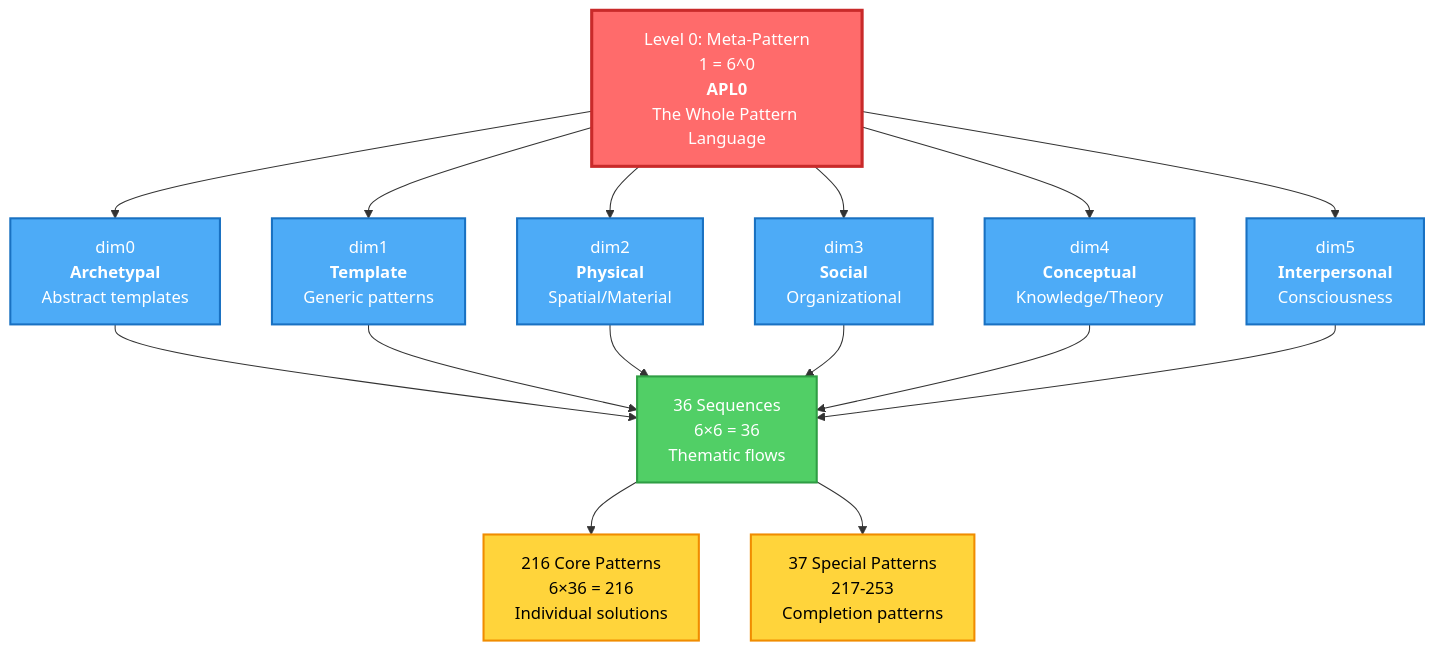
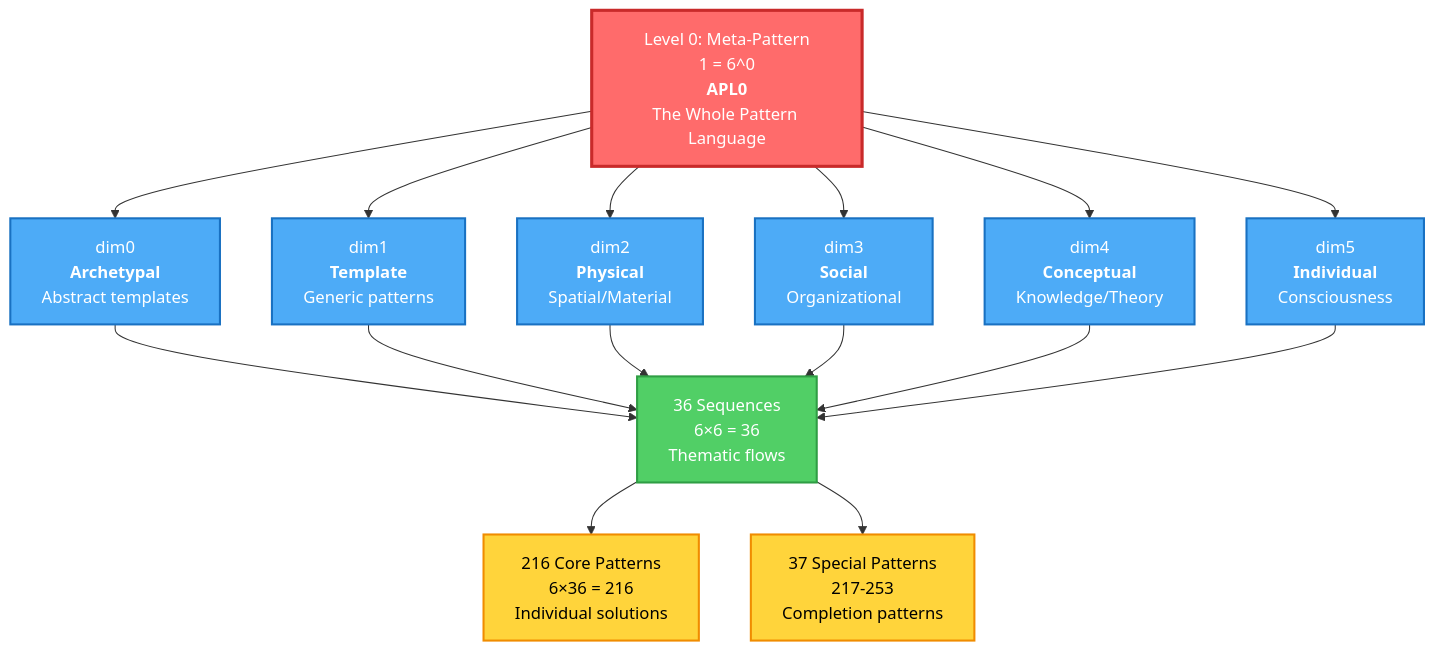
Before and after one commit to cogpy/NNPL-253-253: the first of 5 diagrams in CONVERGENCE_VISUALIZATION.md, drawn with Mermaid. The commit also changed other lines of this file and 162 other files, not shown here.

````diff
--- a/CONVERGENCE_VISUALIZATION.md
+++ b/CONVERGENCE_VISUALIZATION.md
@@ -5,51 +5,51 @@
 ```mermaid
 graph TB
     %% Level 0: Meta-pattern
     L0["Level 0: Meta-Pattern<br/>1 = 6^0<br/><b>APL0</b><br/>The Whole Pattern Language"]
     
     %% Level 1: 6 Dimensions
     L1_0["dim0<br/><b>Archetypal</b><br/>Abstract templates"]
     L1_1["dim1<br/><b>Template</b><br/>Generic patterns"]
     L1_2["dim2<br/><b>Physical</b><br/>Spatial/Material"]
     L1_3["dim3<br/><b>Social</b><br/>Organizational"]
     L1_4["dim4<br/><b>Conceptual</b><br/>Knowledge/Theory"]
-    L1_5["dim5<br/><b>Interpersonal</b><br/>Consciousness"]
+    L1_5["dim5<br/><b>Individual</b><br/>Consciousness"]
     
     %% Level 2: 36 Sequences (showing structure)
     L2_0["36 Sequences<br/>6×6 = 36<br/>Thematic flows"]
     
     %% Level 3: 216 Core Patterns
     L3_0["216 Core Patterns<br/>6×36 = 216<br/>Individual solutions"]
     
     %% Special Patterns
     L3_S["37 Special Patterns<br/>217-253<br/>Completion patterns"]
     
     %% Connections
     L0 --> L1_0
     L0 --> L1_1
     L0 --> L1_2
     L0 --> L1_3
     L0 --> L1_4
     L0 --> L1_5
     
     L1_0 --> L2_0
     L1_1 --> L2_0
     L1_2 --> L2_0
     L1_3 --> L2_0
     L1_4 --> L2_0
     L1_5 --> L2_0
     
     L2_0 --> L3_0
     L2_0 --> L3_S
     
     %% Styling
     classDef level0 fill:#ff6b6b,stroke:#c92a2a,stroke-width:3px,color:#fff
     classDef level1 fill:#4dabf7,stroke:#1971c2,stroke-width:2px,color:#fff
     classDef level2 fill:#51cf66,stroke:#2f9e44,stroke-width:2px,color:#fff
     classDef level3 fill:#ffd43b,stroke:#f08c00,stroke-width:2px,color:#000
     
     class L0 level0
     class L1_0,L1_1,L1_2,L1_3,L1_4,L1_5 level1
     class L2_0 level2
     class L3_0,L3_S level3
 ```
````
